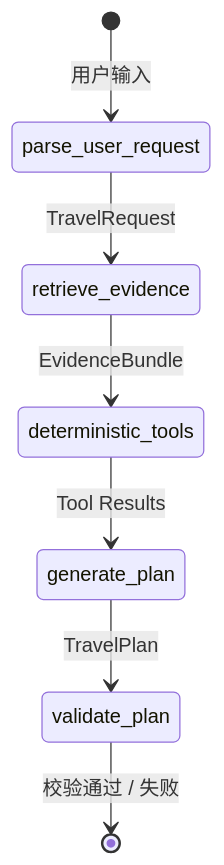
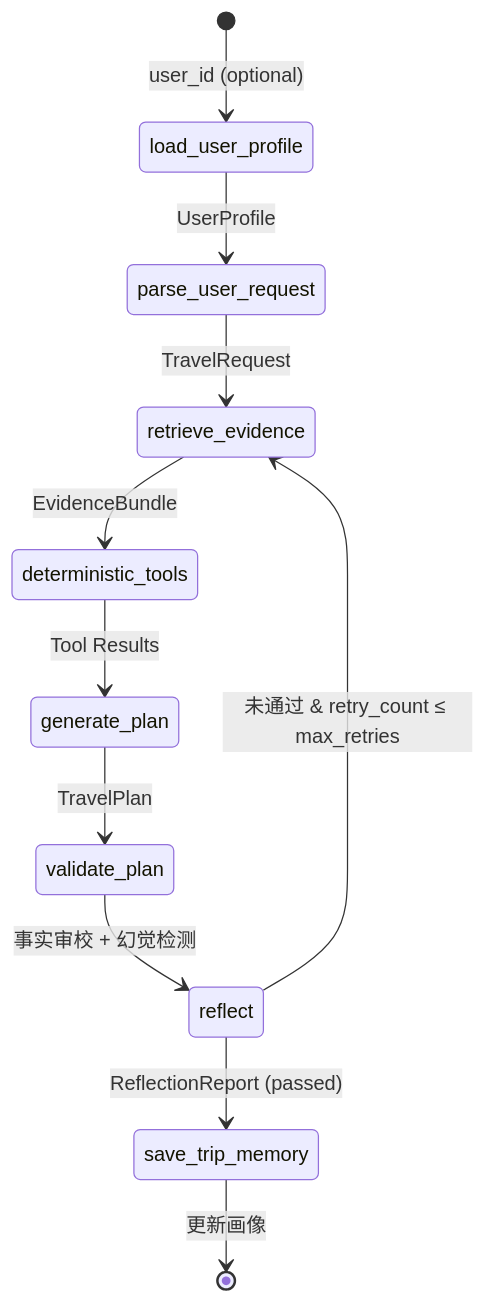
One commit to camellia-ssj/travel-planner-agent changed the second of 3 diagrams in README.md. Above: the diagram before and after it, drawn with Mermaid. The commit also changed other lines of this file and 33 other files, not shown here.

````diff
--- a/README.md
+++ b/README.md
@@ -70,9 +115,13 @@
 ```mermaid
 stateDiagram-v2
-    [*] --> parse_user_request: 用户输入
+    [*] --> load_user_profile: user_id (optional)
+    load_user_profile --> parse_user_request: UserProfile
     parse_user_request --> retrieve_evidence: TravelRequest
     retrieve_evidence --> deterministic_tools: EvidenceBundle
     deterministic_tools --> generate_plan: Tool Results
     generate_plan --> validate_plan: TravelPlan
-    validate_plan --> [*]: 校验通过 / 失败
+    validate_plan --> reflect: 事实审校 + 幻觉检测
+    reflect --> save_trip_memory: ReflectionReport (passed)
+    reflect --> retrieve_evidence: 未通过 & retry_count ≤ max_retries
+    save_trip_memory --> [*]: 更新画像
 ```
````
